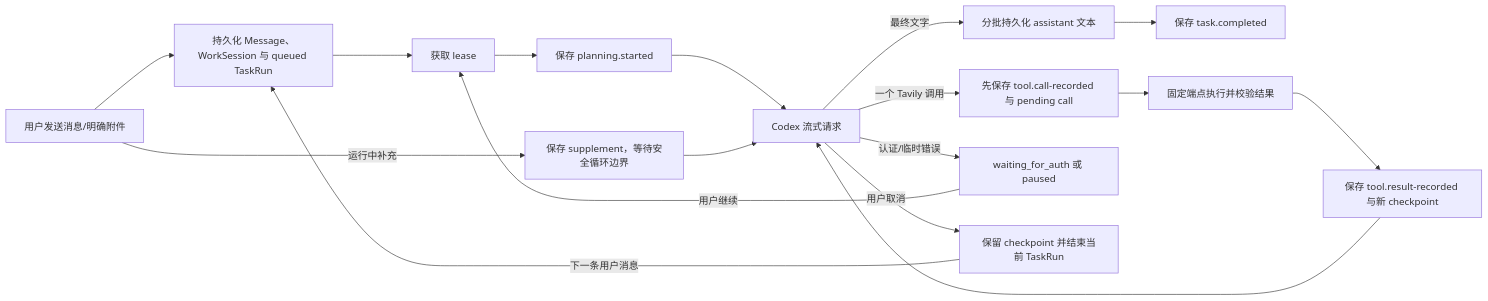
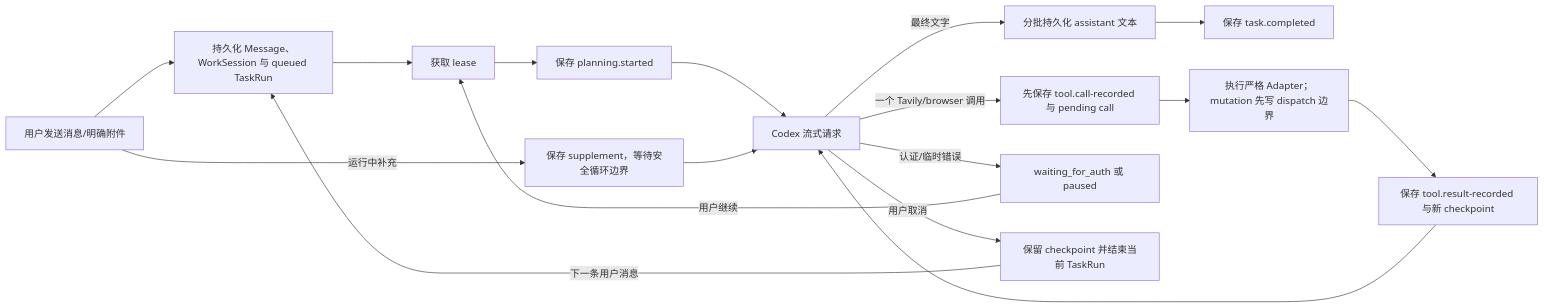
Before and after one commit to nullptrpanic/chatbrowserx: the diagram in docs/architecture.md, drawn with Mermaid. The commit also changed other lines of this file and 77 other files, not shown here.

````diff
--- a/docs/architecture.md
+++ b/docs/architecture.md
@@ -22,19 +25,19 @@
 ```mermaid
 flowchart LR
   U["用户发送消息/明确附件"] --> P["持久化 Message、WorkSession 与 queued TaskRun"]
   P --> L["获取 lease"]
   L --> S["保存 planning.started"]
   S --> C["Codex 流式请求"]
   C -- "最终文字" --> B["分批持久化 assistant 文本"]
   B --> D["保存 task.completed"]
-  C -- "一个 Tavily 调用" --> K["先保存 tool.call-recorded 与 pending call"]
-  K --> T["固定端点执行并校验结果"]
+  C -- "一个 Tavily/browser 调用" --> K["先保存 tool.call-recorded 与 pending call"]
+  K --> T["执行严格 Adapter；mutation 先写 dispatch 边界"]
   T --> R["保存 tool.result-recorded 与新 checkpoint"]
   R --> C
   U -- "运行中补充" --> A["保存 supplement，等待安全循环边界"]
   A --> C
   C -- "认证/临时错误" --> W["waiting_for_auth 或 paused"]
   W -- "用户继续" --> L
   C -- "用户取消" --> X["保留 checkpoint 并结束当前 TaskRun"]
   X -- "下一条用户消息" --> P
 ```
````
